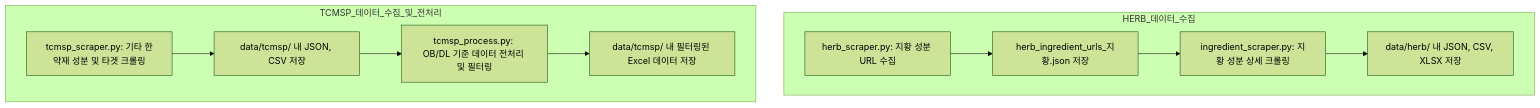
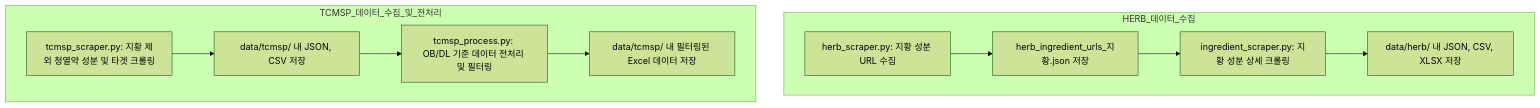
One commit to neulbokim/herb-scraper changed the diagram in README.md. Above: the diagram before and after it, drawn with Mermaid (forest theme). The commit also changed other lines of this file and 2 other files, not shown here.

````diff
--- a/README.md
+++ b/README.md
@@ -56,14 +56,14 @@
 ```mermaid
 graph TD
     subgraph HERB_데이터_수집
         A[herb_scraper.py: 지황 성분 URL 수집] --> B[herb_ingredient_urls_지황.json 저장]
         B --> C[ingredient_scraper.py: 지황 성분 상세 크롤링]
         C --> D[data/herb/ 내 JSON, CSV, XLSX 저장]
     end
 
     subgraph TCMSP_데이터_수집_및_전처리
-        E[tcmsp_scraper.py: 기타 한약재 성분 및 타겟 크롤링] --> F[data/tcmsp/ 내 JSON, CSV 저장]
+        E[tcmsp_scraper.py: 지황 제외 청열약 성분 및 타겟 크롤링] --> F[data/tcmsp/ 내 JSON, CSV 저장]
         F --> G[tcmsp_process.py: OB/DL 기준 데이터 전처리 및 필터링]
         G --> H[data/tcmsp/ 내 필터링된 Excel 데이터 저장]
     end
 ```
````
